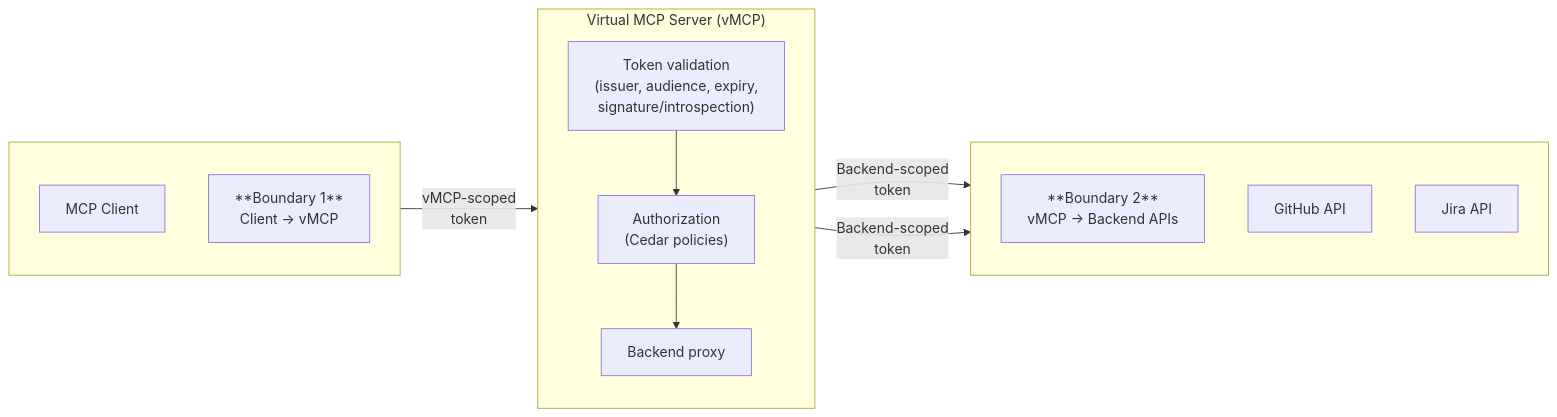
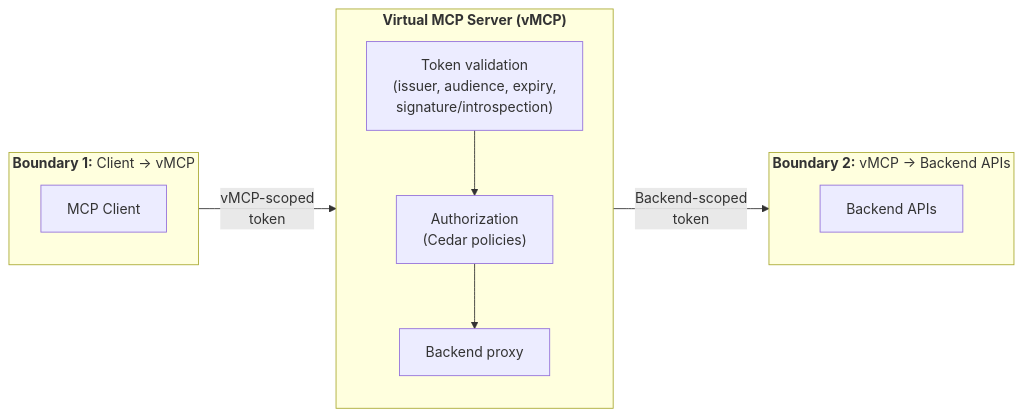
One commit to stacklok/docs-website changed the first of 2 diagrams in docs/toolhive/guides-vmcp/authentication.mdx. Above: the diagram before and after it, drawn with Mermaid. The commit also changed other lines of this file and 9 other files, not shown here.

````diff
--- a/docs/toolhive/guides-vmcp/authentication.mdx
+++ b/docs/toolhive/guides-vmcp/authentication.mdx
@@ -12,27 +16,23 @@
 ```mermaid
 flowchart LR
-    subgraph Boundary1[" "]
+    subgraph Boundary1["<strong>Boundary 1:</strong> Client → vMCP"]
         direction TB
         Client[MCP Client]
-        B1Label["**Boundary 1**<br>Client → vMCP"]
     end
 
-    subgraph vMCP["Virtual MCP Server (vMCP)"]
+    subgraph vMCP["<strong>Virtual MCP Server (vMCP)</strong>"]
         direction TB
         Auth["Token validation<br>(issuer, audience, expiry,<br>signature/introspection)"]
         Authz["Authorization<br>(Cedar policies)"]
         Proxy[Backend proxy]
         Auth --> Authz --> Proxy
     end
 
-    subgraph Boundary2[" "]
+    subgraph Boundary2["<strong>Boundary 2:</strong> vMCP → Backend APIs"]
         direction TB
-        B2Label["**Boundary 2**<br>vMCP → Backend APIs"]
-        GitHub[GitHub API]
-        Jira[Jira API]
+        Backends[Backend APIs]
     end
 
     Client -->|"vMCP-scoped<br>token"| Auth
-    Proxy -->|"Backend-scoped<br>token"| GitHub
-    Proxy -->|"Backend-scoped<br>token"| Jira
+    Proxy -->|"Backend-scoped<br>token"| Backends
 ```
````
